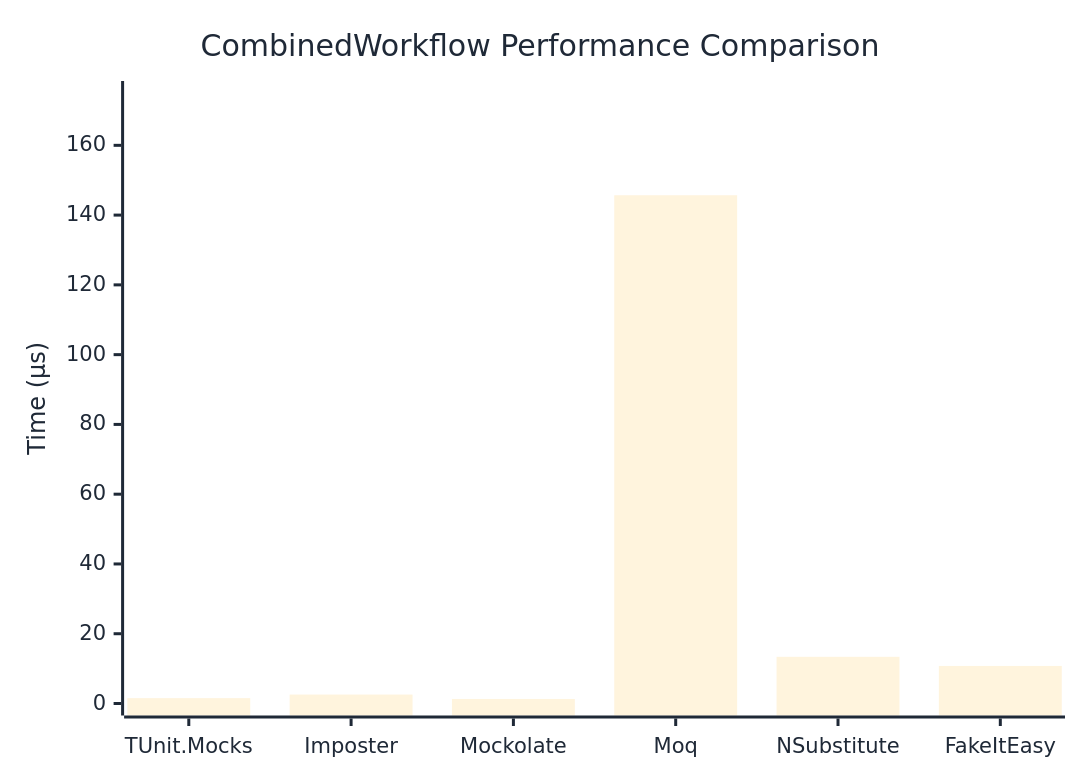
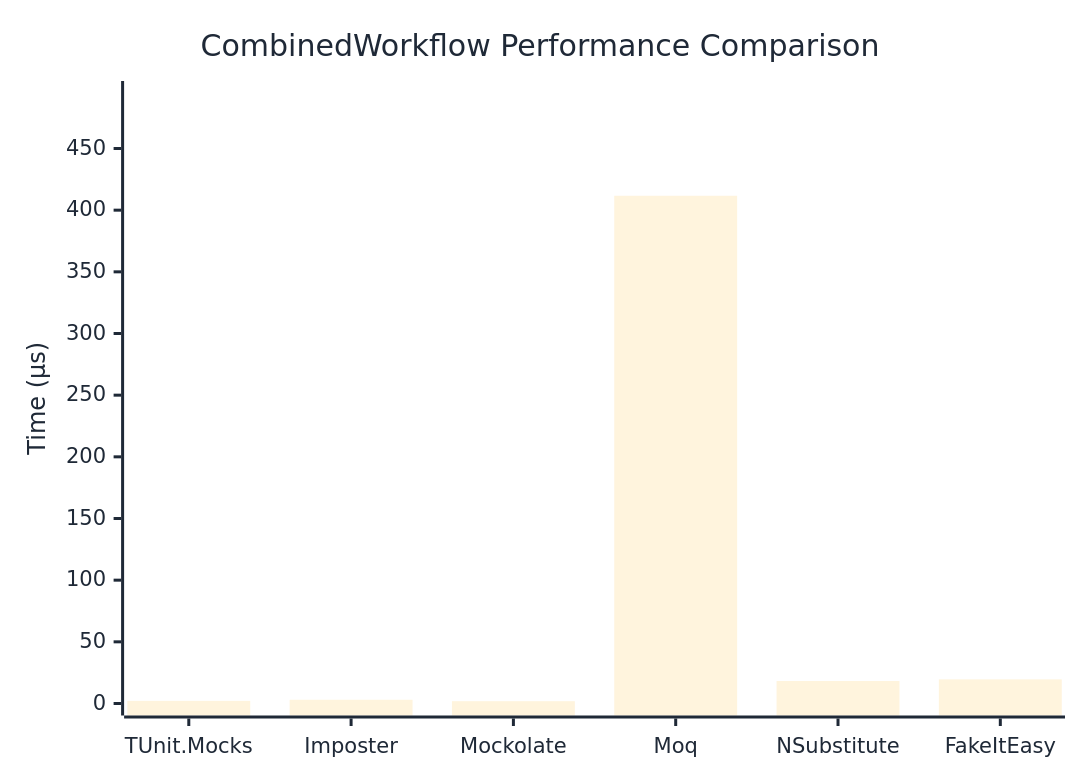
Before and after one commit to thomhurst/TUnit: the diagram in docs/docs/benchmarks/mocks/CombinedWorkflow.md, drawn with Mermaid. The commit also changed other lines of this file and 14 other files, not shown here.

````diff
--- a/docs/docs/benchmarks/mocks/CombinedWorkflow.md
+++ b/docs/docs/benchmarks/mocks/CombinedWorkflow.md
@@ -30,27 +30,27 @@
 ```mermaid
 %%{init: {
   'theme':'base',
   'themeVariables': {
     'primaryColor': '#2563eb',
     'primaryTextColor': '#1f2937',
     'primaryBorderColor': '#1e40af',
     'lineColor': '#6b7280',
     'secondaryColor': '#7c3aed',
     'tertiaryColor': '#dc2626',
     'background': '#ffffff',
     'pie1': '#2563eb',
     'pie2': '#7c3aed',
     'pie3': '#dc2626',
     'pie4': '#f59e0b',
     'pie5': '#10b981',
     'pie6': '#06b6d4',
     'pie7': '#ec4899',
     'pie8': '#6366f1'
   }
 }}%%
 xychart-beta
   title "CombinedWorkflow Performance Comparison"
   x-axis ["TUnit.Mocks", "Imposter", "Mockolate", "Moq", "NSubstitute", "FakeItEasy"]
-  y-axis "Time (μs)" 0 --> 175
-  bar [1.535, 2.56, 1.298, 145.691, 13.383, 10.772]
+  y-axis "Time (μs)" 0 --> 495
+  bar [2.119, 3.022, 1.865, 411.688, 18.22, 19.56]
 ```
````
